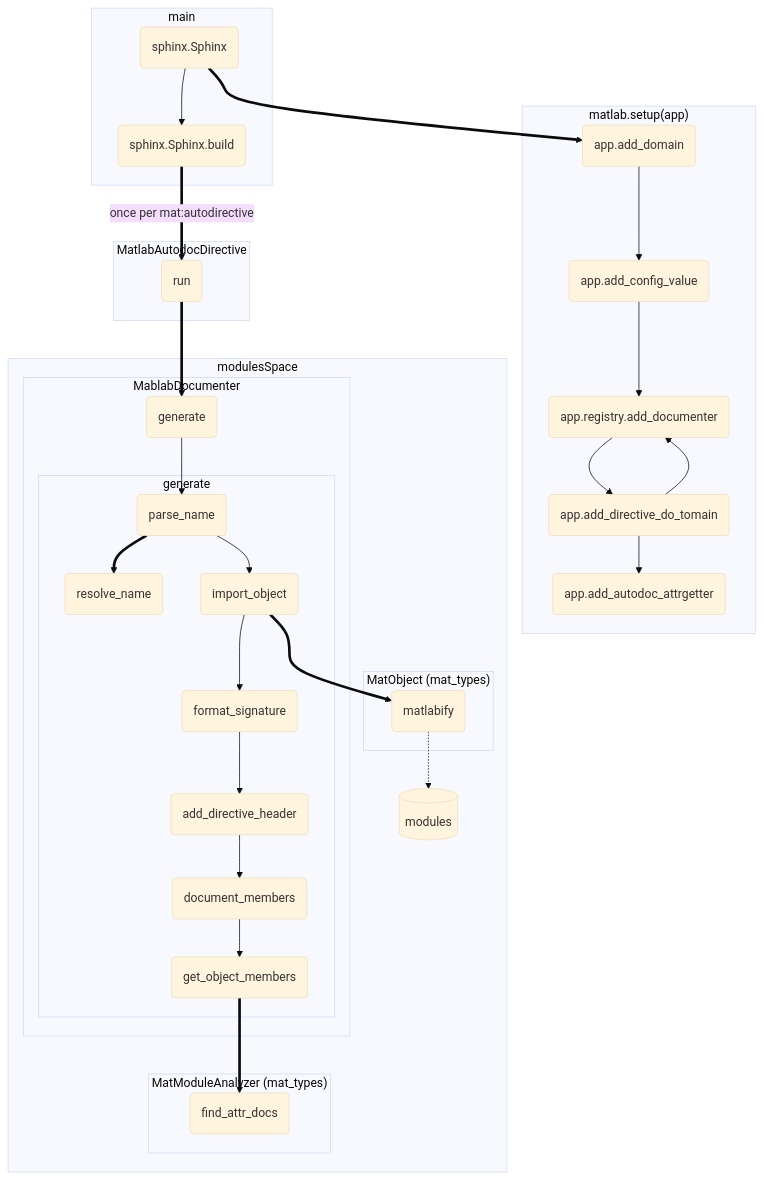
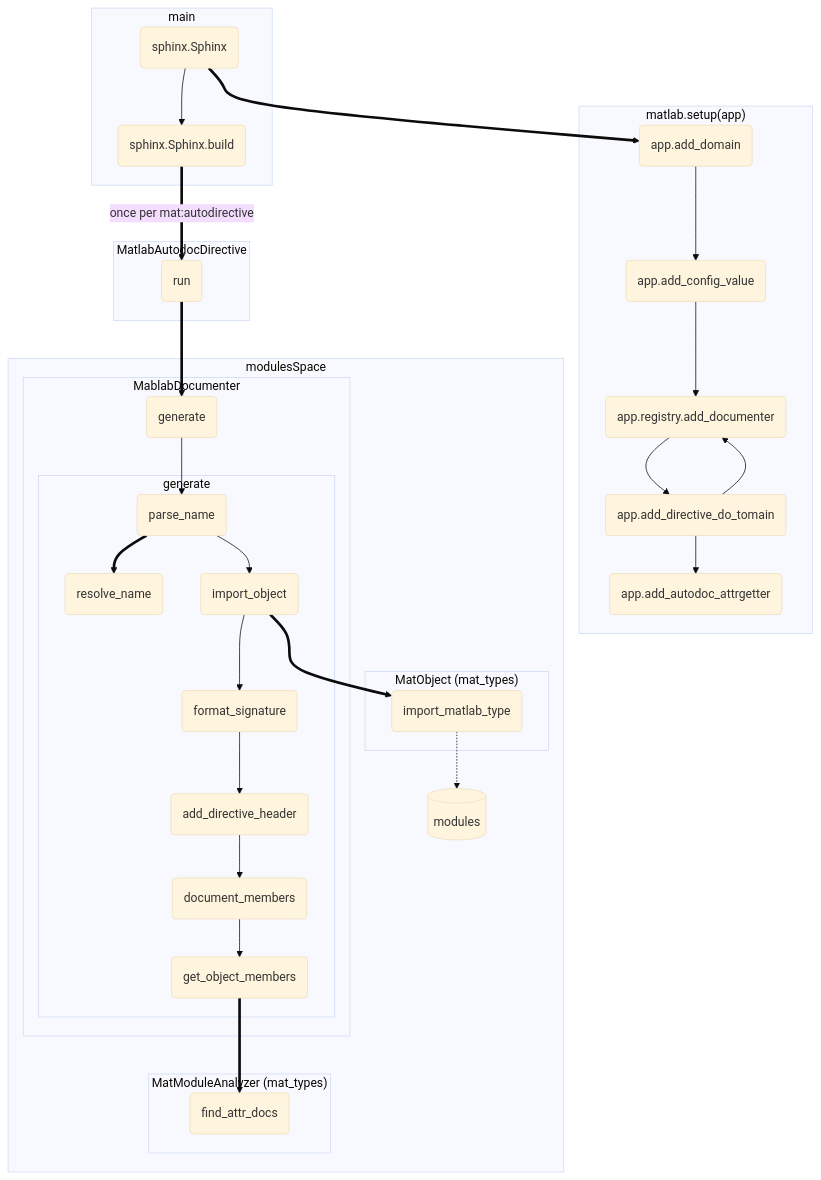
One commit to watermarkhu/matlabdomain changed the diagram in dev/sketches/flow.md. Above: the diagram before and after it, drawn with Mermaid (base theme). The commit also changed 8 other files, not shown here.

````diff
--- a/dev/sketches/flow.md
+++ b/dev/sketches/flow.md
@@ -4,61 +4,61 @@
 ```{mermaid}
 flowchart
  subgraph "main"
   m0(sphinx.Sphinx)
   m1(sphinx.Sphinx.build)
   m0 --> m1
  end
 
  subgraph "matlab.setup(app)"
   %%direction TB%%
   n0(app.add_domain)
   n1(app.add_config_value)
   n2(app.registry.add_documenter)
   n3(app.add_directive_do_tomain)
   n4(app.add_autodoc_attrgetter)
   n0 --> n1
   n1 --> n2
   n2 --> n3
   n3 --> n2
   n3 --> n4
  end
  m0 ==> n0
 
  subgraph "MatlabAutodocDirective"
   ma0(run)
  end
  subgraph modulesSpace
   datam[(modules)]
   subgraph "MablabDocumenter"
    md0(generate)
    subgraph generate
     md1(parse_name)
     md2(resolve_name)
     md3(import_object)
     md4(format_signature)
     md5(add_directive_header)
     md6(document_members)
     md7(get_object_members)
    end
    md0 --> md1
    md1 ==> md2
    md1 --> md3
    md3 --> md4
    md4 --> md5
    md5 --> md6
    md6 --> md7
   end
   m1 == "once per mat:autodirective" ==> ma0
   ma0 ==> md0
  
   subgraph "MatObject (mat_types)"
-   mo0(matlabify)
+   mo0(import_matlab_type)
   end
   mo0 -.-> datam
   subgraph "MatModuleAnalyzer (mat_types)"
    mma0(find_attr_docs)
   end
   md7 ==> mma0 
  end
  md3 ==> mo0
 ```
````
